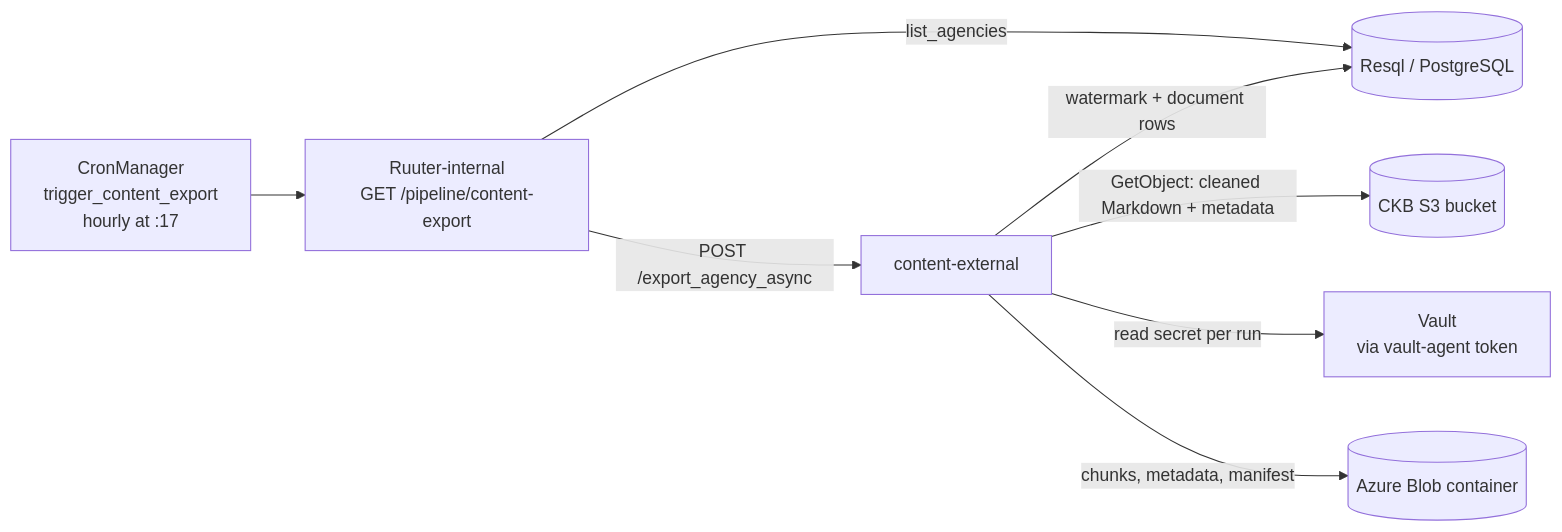
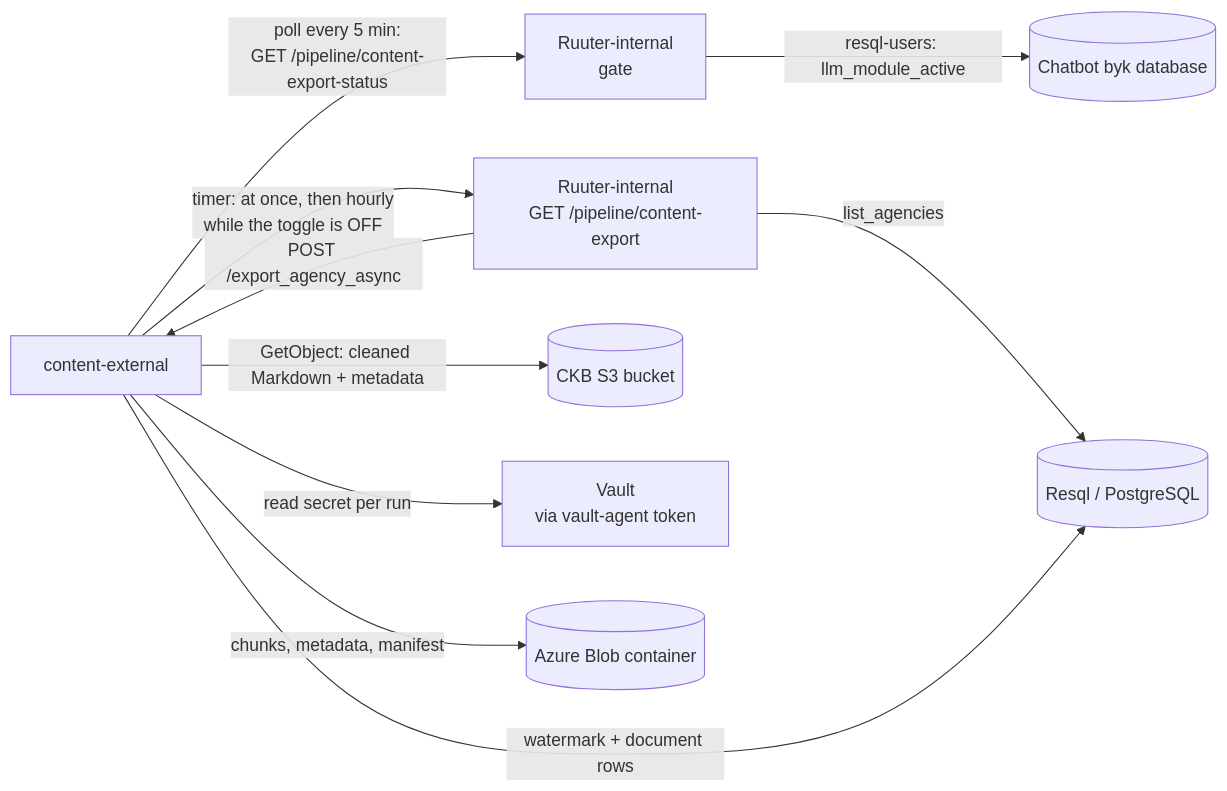
One commit to buerokratt/Common-Knowledge changed the diagram in content-external/docs/staging-deployment.md. Above: the diagram before and after it, drawn with Mermaid. The commit also changed other lines of this file and 29 other files, not shown here.

Commit message:
External pipeline triggering through llm_module_active status.

````diff
--- a/content-external/docs/staging-deployment.md
+++ b/content-external/docs/staging-deployment.md
@@ -40,10 +45,12 @@
 ```mermaid
 flowchart LR
-    CM[CronManager<br/>trigger_content_export<br/>hourly at :17] --> RI[Ruuter-internal<br/>GET /pipeline/content-export]
+    CE -->|poll every 5 min:<br/>GET /pipeline/content-export-status| RI2[Ruuter-internal<br/>gate]
+    RI2 -->|resql-users: llm_module_active| CB[(Chatbot byk database)]
+    CE -->|timer: at once, then hourly<br/>while the toggle is OFF| RI[Ruuter-internal<br/>GET /pipeline/content-export]
     RI -->|list_agencies| RQ[(Resql / PostgreSQL)]
     RI -->|POST /export_agency_async| CE[content-external]
     CE -->|watermark + document rows| RQ
     CE -->|GetObject: cleaned Markdown + metadata| S3[(CKB S3 bucket)]
     CE -->|read secret per run| V[Vault<br/>via vault-agent token]
     CE -->|chunks, metadata, manifest| AZ[(Azure Blob container)]
 ```
````
